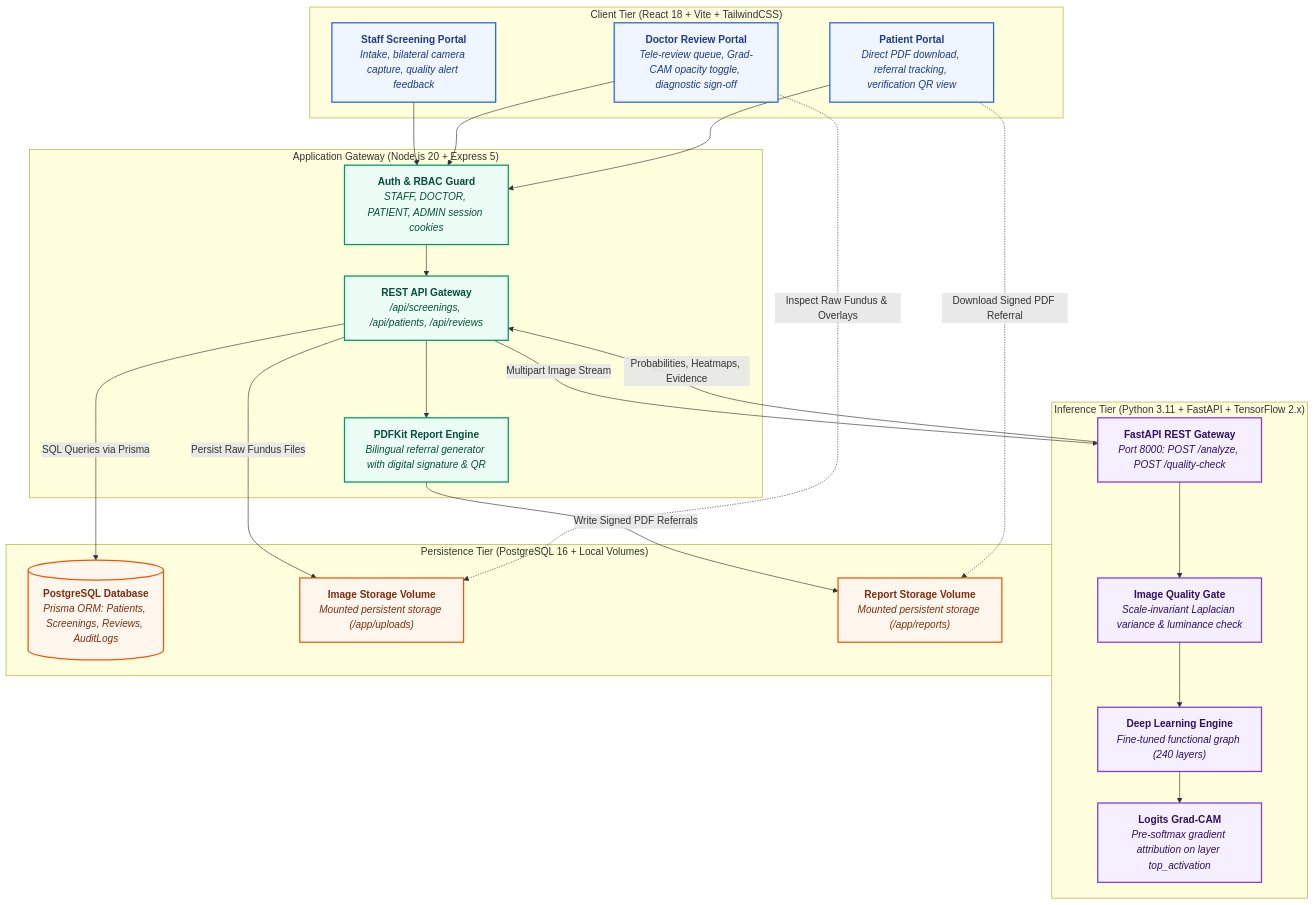
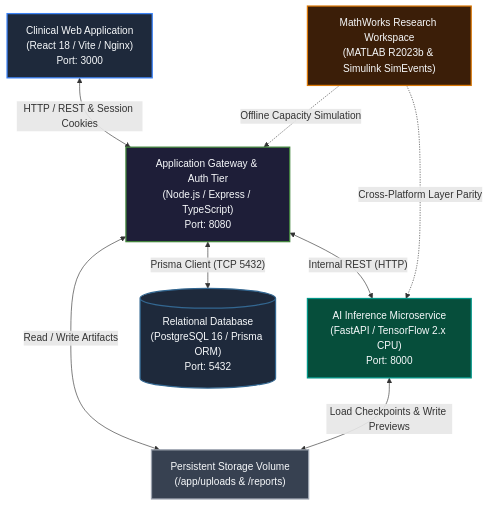
The third of 4 diagrams in README.md (SudarshanSingh1/DR-Screening-System), drawn with Mermaid before and after one commit. The commit also changed other lines of this file, not shown here.

Commit message:
Refactor data processing module for improved maintainability

````diff
--- a/README.md
+++ b/README.md
@@ -294,56 +285,29 @@
 ```mermaid
 flowchart TD
-    subgraph UI ["Client Tier (React 18 + Vite + TailwindCSS)"]
-        STAFF["<b>Staff Screening Portal</b><br/><i>Intake, bilateral camera capture, quality alert feedback</i>"]
-        DOCTOR["<b>Doctor Review Portal</b><br/><i>Tele-review queue, Grad-CAM opacity toggle, diagnostic sign-off</i>"]
-        PATIENT["<b>Patient Portal</b><br/><i>Direct PDF download, referral tracking, verification QR view</i>"]
-    end
+    classDef client fill:#1e293b,stroke:#3b82f6,stroke-width:2px,color:#f8fafc;
+    classDef gateway fill:#1e1e38,stroke:#43853d,stroke-width:2px,color:#f8fafc;
+    classDef py fill:#064e3b,stroke:#009688,stroke-width:2px,color:#f8fafc;
+    classDef db fill:#1e293b,stroke:#336791,stroke-width:2px,color:#f8fafc;
+    classDef vol fill:#374151,stroke:#9ca3af,stroke-width:2px,color:#f8fafc;
+    classDef mw fill:#3b1e08,stroke:#d97706,stroke-width:2px,color:#f8fafc;
 
-    subgraph GATEWAY ["Application Gateway (Node.js 20 + Express 5)"]
-        AUTH["<b>Auth & RBAC Guard</b><br/><i>STAFF, DOCTOR, PATIENT, ADMIN session cookies</i>"]
-        ROUTER["<b>REST API Gateway</b><br/><i>/api/screenings, /api/patients, /api/reviews</i>"]
-        PDF_ENG["<b>PDFKit Report Engine</b><br/><i>Bilingual referral generator with digital signature & QR</i>"]
-        AUTH --> ROUTER
-        ROUTER --> PDF_ENG
-    end
+    FE["Clinical Web Application<br/>(React 18 / Vite / Nginx)<br/>Port: 3000"]:::client
+    
+    GW["Application Gateway & Auth Tier<br/>(Node.js / Express / TypeScript)<br/>Port: 8080"]:::gateway
+    
+    INF["AI Inference Microservice<br/>(FastAPI / TensorFlow 2.x CPU)<br/>Port: 8000"]:::py
+    
+    DB[("Relational Database<br/>(PostgreSQL 16 / Prisma ORM)<br/>Port: 5432")]:::db
+    
+    VOL["Persistent Storage Volume<br/>(/app/uploads & /reports)"]:::vol
+    
+    MAT["MathWorks Research Workspace<br/>(MATLAB R2023b & Simulink SimEvents)"]:::mw
 
-    subgraph AI_SVC ["Inference Tier (Python 3.11 + FastAPI + TensorFlow 2.x)"]
-        FASTAPI["<b>FastAPI REST Gateway</b><br/><i>Port 8000: POST /analyze, POST /quality-check</i>"]
-        QG["<b>Image Quality Gate</b><br/><i>Scale-invariant Laplacian variance & luminance check</i>"]
-        MODEL["<b>Deep Learning Engine</b><br/><i>Fine-tuned functional graph (240 layers)</i>"]
-        XAI["<b>Logits Grad-CAM</b><br/><i>Pre-softmax gradient attribution on layer top_activation</i>"]
-        FASTAPI --> QG
-        QG --> MODEL
-        MODEL --> XAI
-    end
-
-    subgraph DATA ["Persistence Tier (PostgreSQL 16 + Local Volumes)"]
-        DB[("<b>PostgreSQL Database</b><br/><i>Prisma ORM: Patients, Screenings, Reviews, AuditLogs</i>")]
-        UPLOADS["<b>Image Storage Volume</b><br/><i>Mounted persistent storage (/app/uploads)</i>"]
-        REPORTS["<b>Report Storage Volume</b><br/><i>Mounted persistent storage (/app/reports)</i>"]
-    end
-
-    STAFF --> AUTH
-    DOCTOR --> AUTH
-    PATIENT --> AUTH
-
-    ROUTER -->|Multipart Image Stream| FASTAPI
-    FASTAPI -->|Probabilities, Heatmaps, Evidence| ROUTER
-
-    ROUTER -->|SQL Queries via Prisma| DB
-    ROUTER -->|Persist Raw Fundus Files| UPLOADS
-    PDF_ENG -->|Write Signed PDF Referrals| REPORTS
-
-    DOCTOR -.->|Inspect Raw Fundus & Overlays| UPLOADS
-    PATIENT -.->|Download Signed PDF Referral| REPORTS
-
-    classDef uiBox fill:#eff6ff,stroke:#2563eb,stroke-width:2px,color:#1e3a8a;
-    classDef gwBox fill:#ecfdf5,stroke:#059669,stroke-width:2px,color:#064e3b;
-    classDef aiBox fill:#f5efff,stroke:#7c3aed,stroke-width:2px,color:#2e1065;
-    classDef dbBox fill:#fff7ed,stroke:#ea580c,stroke-width:2px,color:#7c2d12;
-
-    class STAFF,DOCTOR,PATIENT uiBox;
-    class AUTH,ROUTER,PDF_ENG gwBox;
-    class FASTAPI,QG,MODEL,XAI aiBox;
-    class DB,UPLOADS,REPORTS dbBox;
+    FE <-- "HTTP / REST & Session Cookies" --> GW
+    GW <-- "Internal REST (HTTP)" --> INF
+    GW <-- "Prisma Client (TCP 5432)" --> DB
+    GW <-- "Read / Write Artifacts" --> VOL
+    INF <-- "Load Checkpoints & Write Previews" --> VOL
+    MAT -.-> |"Cross-Platform Layer Parity"| INF
+    MAT -.-> |"Offline Capacity Simulation"| GW
 ```
````
